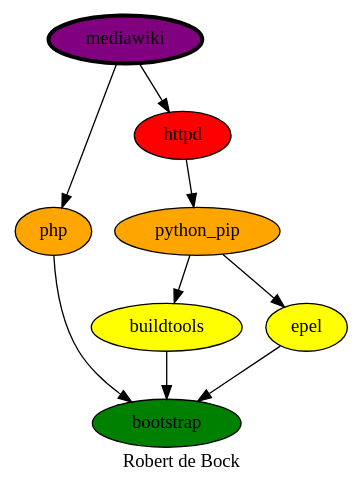
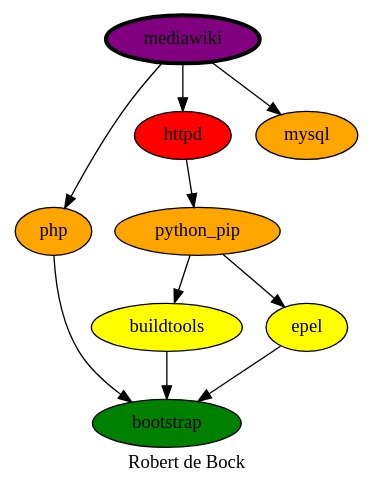
One commit to robertdebock/drawings changed the diagram in mediawiki.dot. Above: the diagram before and after it, drawn with Graphviz. The commit also changed 6 other files, not shown here.

```diff
--- a/mediawiki.dot
+++ b/mediawiki.dot
@@ -1,17 +1,18 @@
 digraph PhiloDilemma {
   label = "Robert de Bock" ;
   overlap=false
   {
     bootstrap [fillcolor=green style=filled]
     buildtools [fillcolor=yellow style=filled]
     epel [fillcolor=yellow style=filled]
     "python_pip" [fillcolor=orange style=filled]
     php [fillcolor=orange style=filled]
     httpd [fillcolor=red style=filled]
+    mysql [fillcolor=orange style=filled]
     mediawiki [fillcolor=purple style=filled penwidth=3]
   }
   {buildtools epel php} -> bootstrap
   "python_pip" -> {buildtools epel}
   httpd -> "python_pip"
-  mediawiki -> {httpd php}
+  mediawiki -> {httpd php mysql}
 }
```
